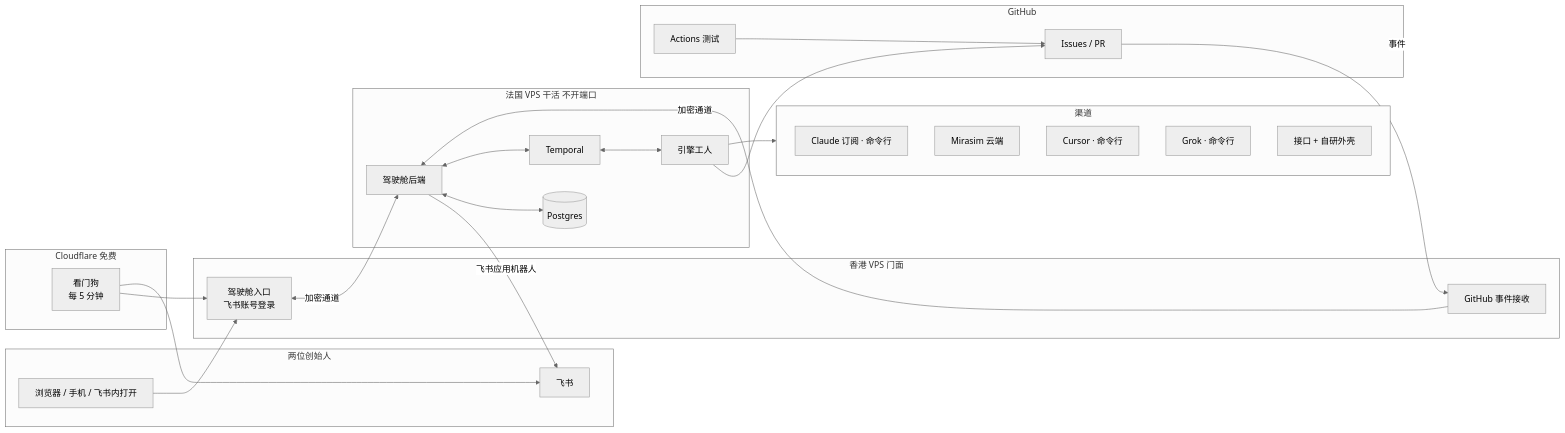
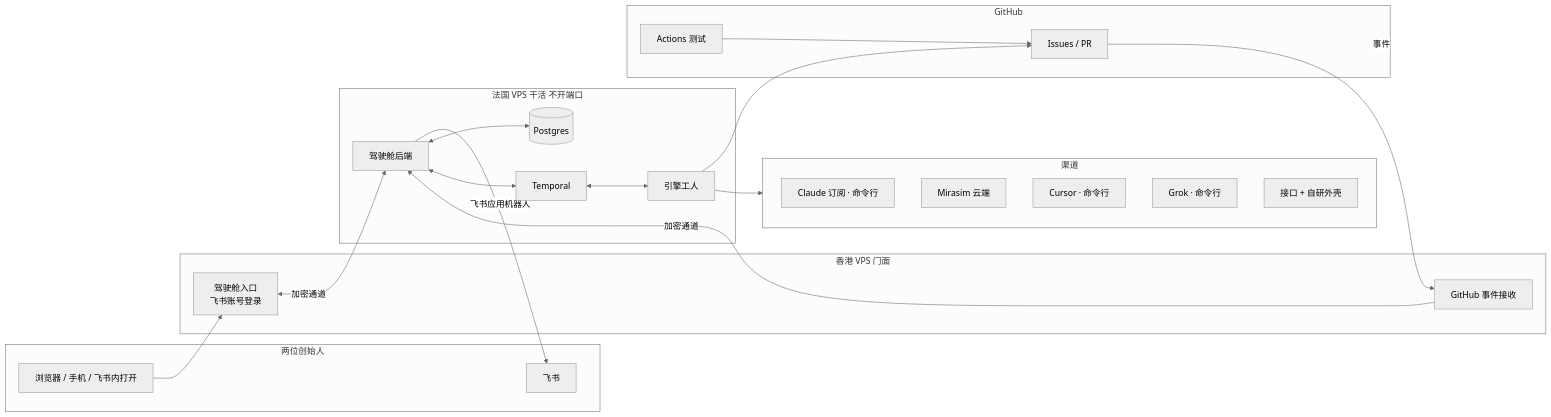
One commit to thoerwink8/fleet-dao changed the first of 2 diagrams in docs/design.md. Above: the diagram before and after it, drawn with Mermaid (neutral theme). The commit also changed other lines of this file and 50 other files, not shown here.

````diff
--- a/docs/design.md
+++ b/docs/design.md
@@ -37,44 +37,39 @@
 ```mermaid
 flowchart LR
   subgraph People[两位创始人]
     B[浏览器 / 手机 / 飞书内打开]
     F[飞书]
   end
   subgraph HK[香港 VPS 门面]
     W[驾驶舱入口<br/>飞书账号登录]
     H[GitHub 事件接收]
   end
   subgraph FR[法国 VPS 干活 不开端口]
     API[驾驶舱后端]
     T[Temporal]
     PG[(Postgres)]
     E[引擎工人]
   end
   subgraph GH[GitHub]
     I[Issues / PR]
     A[Actions 测试]
   end
-  subgraph CF[Cloudflare 免费]
-    WD[看门狗<br/>每 5 分钟]
-  end
   subgraph CH[渠道]
     C1[Claude 订阅 · 命令行]
     C2[Mirasim 云端]
     C3[Cursor · 命令行]
     C4[Grok · 命令行]
     C5[接口 + 自研外壳]
   end
   B --> W
   API -- 飞书应用机器人 --> F
   I -- 事件 --> H
   W <-- 加密通道 --> API
   H -- 加密通道 --> API
   API <--> PG
   API <--> T
   T <--> E
   E --> CH
   E --> I
   A --> I
-  WD --> W
-  WD --> F
 ```
````
